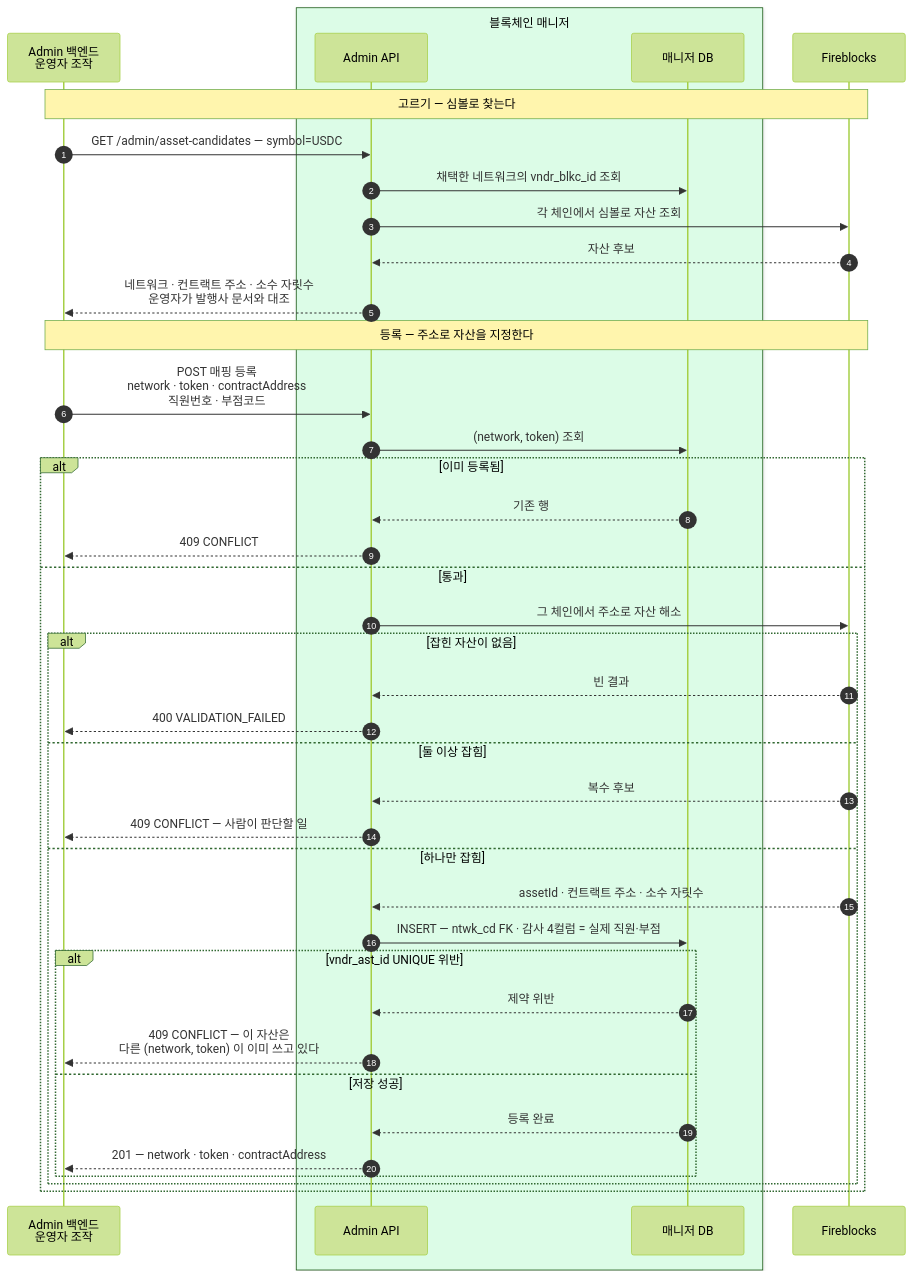
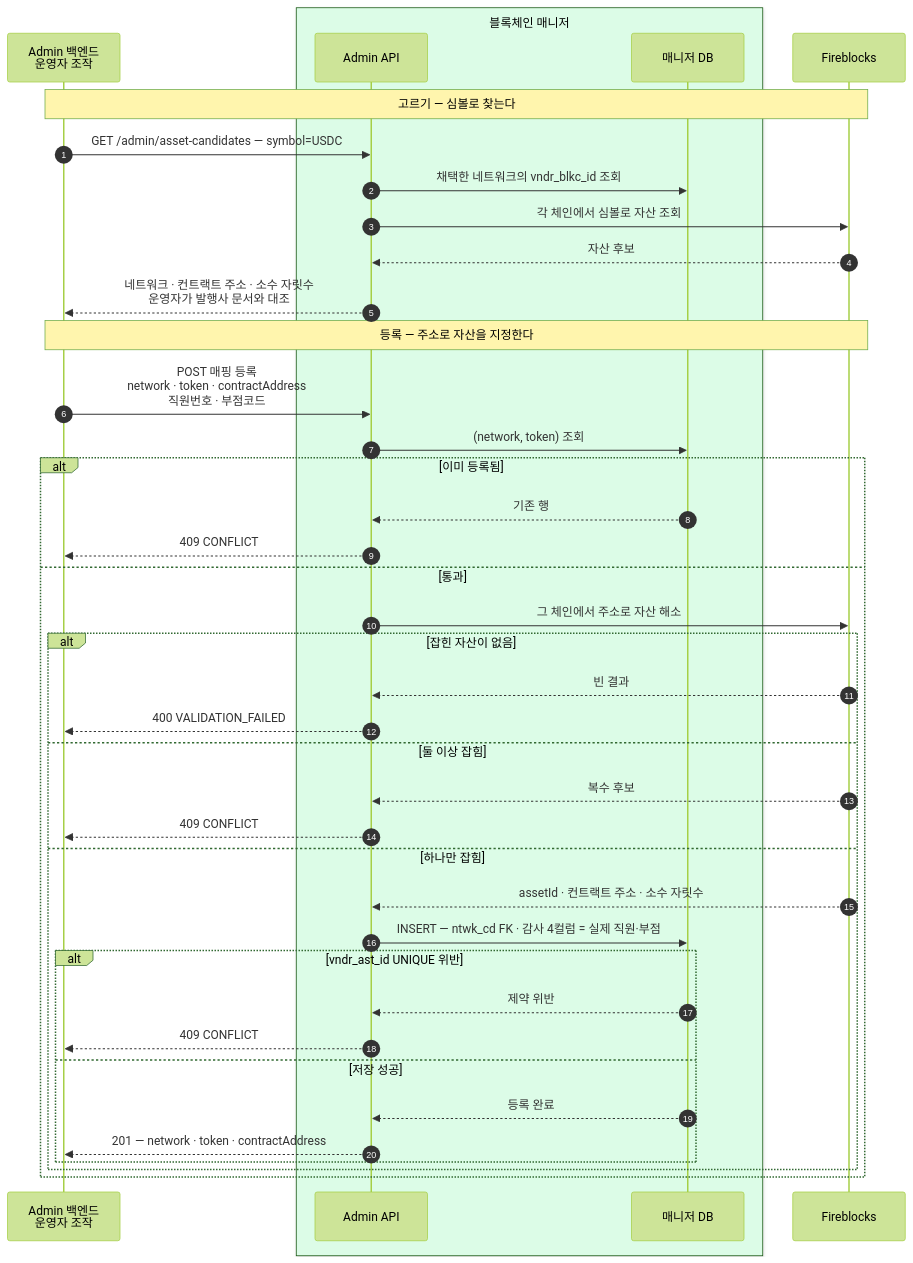
Before and after one commit to eunsujeo/eunpus: the diagram in blockchain-manager/docs/BC/설계/07-asset-master.md, drawn with Mermaid (forest theme). The commit also changed other lines of this file, not shown here.

````diff
--- a/blockchain-manager/docs/BC/설계/07-asset-master.md
+++ b/blockchain-manager/docs/BC/설계/07-asset-master.md
@@ -128,44 +110,44 @@
 ```mermaid
 sequenceDiagram
     autonumber
     participant ADM as Admin 백엔드<br/>운영자 조작
     box rgb(220,252,231) 블록체인 매니저
     participant API as Admin API
     participant MDB as 매니저 DB
     end
     participant FB as Fireblocks
 
     Note over ADM,FB: 고르기 — 심볼로 찾는다
     ADM->>API: GET /admin/asset-candidates — symbol=USDC
     API->>MDB: 채택한 네트워크의 vndr_blkc_id 조회
     API->>FB: 각 체인에서 심볼로 자산 조회
     FB-->>API: 자산 후보
     API-->>ADM: 네트워크 · 컨트랙트 주소 · 소수 자릿수<br/>운영자가 발행사 문서와 대조
 
     Note over ADM,FB: 등록 — 주소로 자산을 지정한다
     ADM->>API: POST 매핑 등록<br/>network · token · contractAddress<br/>직원번호 · 부점코드
     API->>MDB: (network, token) 조회
     alt 이미 등록됨
         MDB-->>API: 기존 행
         API-->>ADM: 409 CONFLICT
     else 통과
         API->>FB: 그 체인에서 주소로 자산 해소
         alt 잡힌 자산이 없음
             FB-->>API: 빈 결과
             API-->>ADM: 400 VALIDATION_FAILED
         else 둘 이상 잡힘
             FB-->>API: 복수 후보
-            API-->>ADM: 409 CONFLICT — 사람이 판단할 일
+            API-->>ADM: 409 CONFLICT
         else 하나만 잡힘
             FB-->>API: assetId · 컨트랙트 주소 · 소수 자릿수
             API->>MDB: INSERT — ntwk_cd FK · 감사 4컬럼 = 실제 직원·부점
             alt vndr_ast_id UNIQUE 위반
                 MDB-->>API: 제약 위반
-                API-->>ADM: 409 CONFLICT — 이 자산은<br/>다른 (network, token) 이 이미 쓰고 있다
+                API-->>ADM: 409 CONFLICT
             else 저장 성공
                 MDB-->>API: 등록 완료
                 API-->>ADM: 201 — network · token · contractAddress
             end
         end
     end
 ```
````
